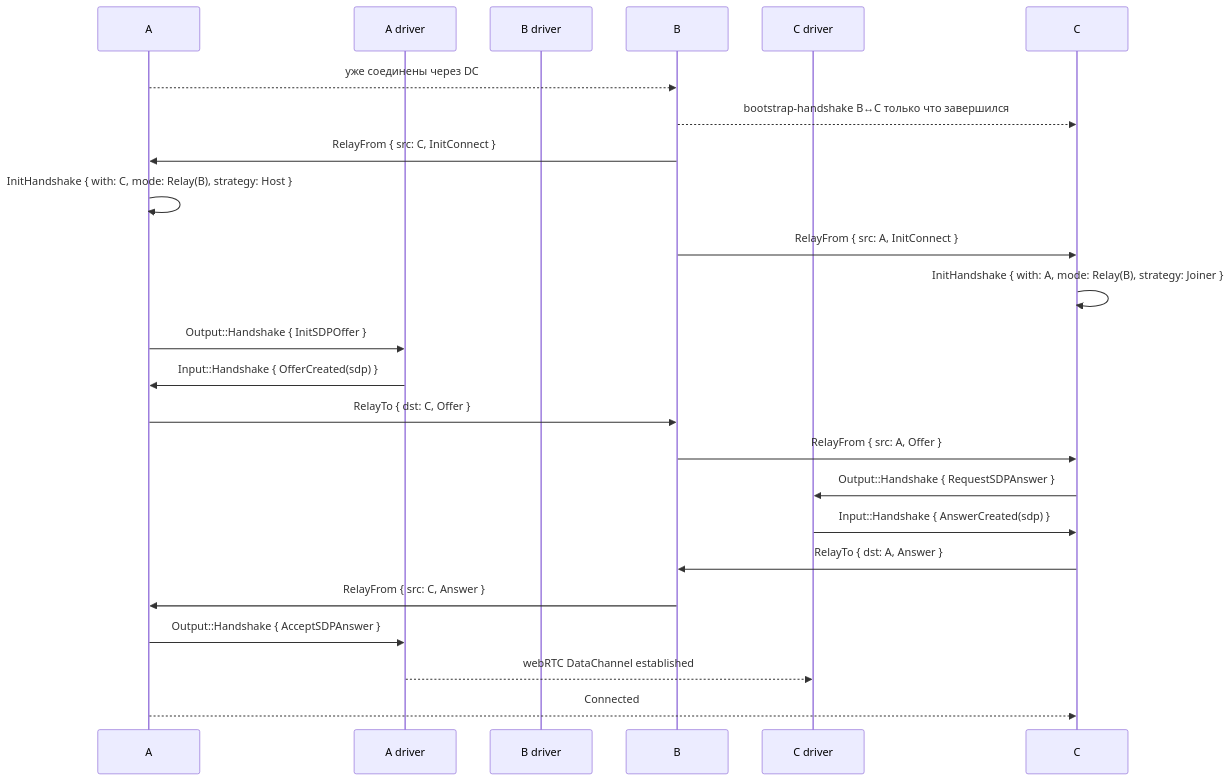
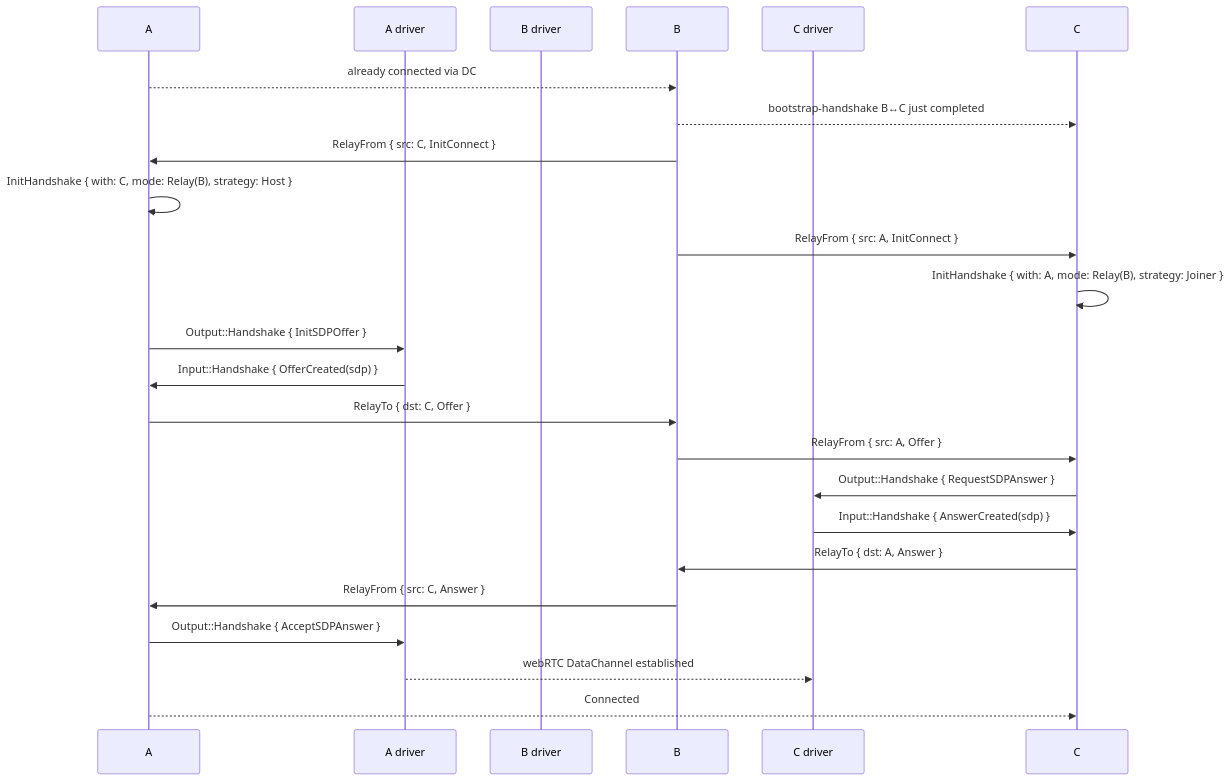
The sixth of 6 diagrams in docs/protocol.md (PixelQuasar/antenna), drawn with Mermaid before and after one commit. The commit also changed other lines of this file and 31 other files, not shown here.

````diff
--- a/docs/protocol.md
+++ b/docs/protocol.md
@@ -343,33 +343,33 @@
 ```mermaid
 sequenceDiagram
     participant A
     participant AD as A driver
     participant BD as B driver
     participant B
     participant CD as C driver
     participant C
 
-    A -->> B: уже соединены через DC
-    B -->> C: bootstrap-handshake B↔C только что завершился
+    A -->> B: already connected via DC
+    B -->> C: bootstrap-handshake B↔C just completed
 
     B ->> A: RelayFrom { src: C, InitConnect }
     A ->> A: InitHandshake { with: C, mode: Relay(B), strategy: Host }
     B ->> C: RelayFrom { src: A, InitConnect }
     C ->> C: InitHandshake { with: A, mode: Relay(B), strategy: Joiner }
 
     A ->> AD: Output::Handshake { InitSDPOffer }
     AD ->> A: Input::Handshake { OfferCreated(sdp) }
 
     A ->> B: RelayTo { dst: C, Offer }
     B ->> C: RelayFrom { src: A, Offer }
 
     C ->> CD: Output::Handshake { RequestSDPAnswer }
     CD ->> C: Input::Handshake { AnswerCreated(sdp) }
 
     C ->> B: RelayTo { dst: A, Answer }
     B ->> A: RelayFrom { src: C, Answer }
 
     A ->> AD: Output::Handshake { AcceptSDPAnswer }
     AD -->> CD: webRTC DataChannel established
     A -->> C: Connected
 ```
````
